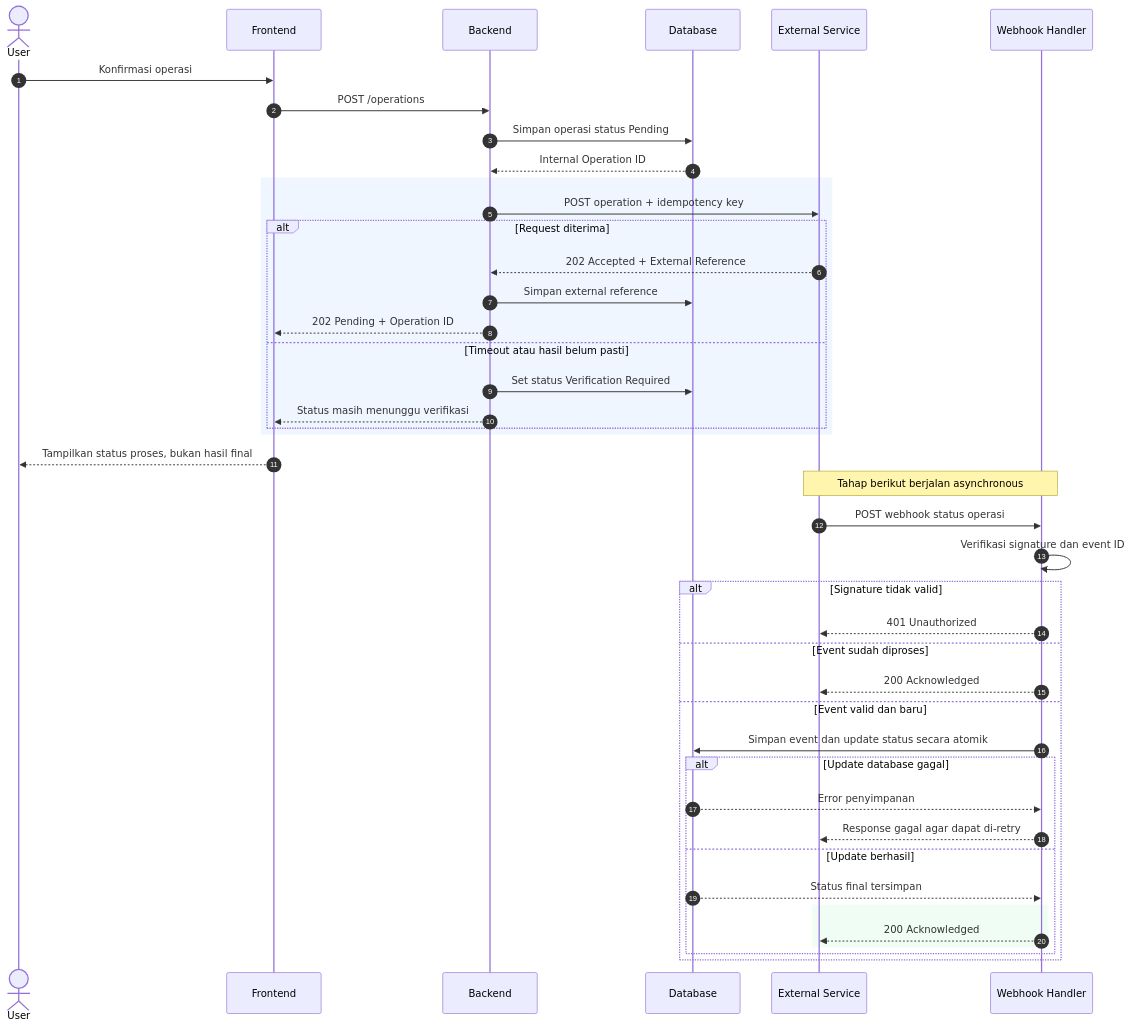
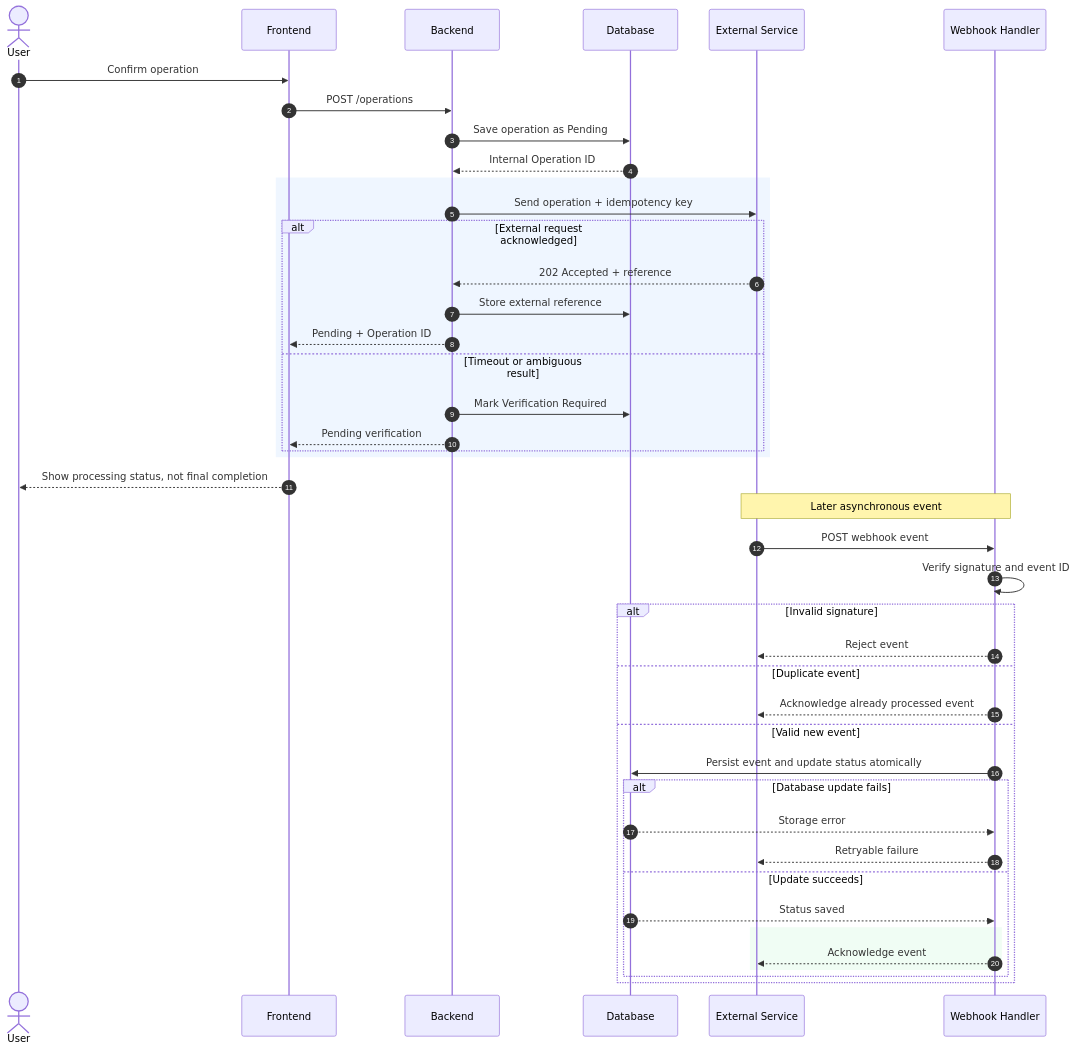
The diagram in examples/diagrams/sequence-external-webhook.mmd (Ducklazy231/system-analysis-skill), drawn with Mermaid before and after one commit.

Commit message:
examples: keep Mermaid diagrams English-first

```diff
--- a/examples/diagrams/sequence-external-webhook.mmd
+++ b/examples/diagrams/sequence-external-webhook.mmd
@@ -1,45 +1,46 @@
 sequenceDiagram
     autonumber
-    actor U as User
+    actor User
     participant FE as Frontend
     participant BE as Backend
     participant DB as Database
     participant EXT as External Service
     participant WH as Webhook Handler
 
-    U->>FE: Konfirmasi operasi
+    User->>FE: Confirm operation
     FE->>BE: POST /operations
-    BE->>DB: Simpan operasi status Pending
+    BE->>DB: Save operation as Pending
     DB-->>BE: Internal Operation ID
+
     rect rgb(239, 246, 255)
-        BE->>EXT: POST operation + idempotency key
-        alt Request diterima
-            EXT-->>BE: 202 Accepted + External Reference
-            BE->>DB: Simpan external reference
-            BE-->>FE: 202 Pending + Operation ID
-        else Timeout atau hasil belum pasti
-            BE->>DB: Set status Verification Required
-            BE-->>FE: Status masih menunggu verifikasi
+        BE->>EXT: Send operation + idempotency key
+        alt External request acknowledged
+            EXT-->>BE: 202 Accepted + reference
+            BE->>DB: Store external reference
+            BE-->>FE: Pending + Operation ID
+        else Timeout or ambiguous result
+            BE->>DB: Mark Verification Required
+            BE-->>FE: Pending verification
         end
     end
-    FE-->>U: Tampilkan status proses, bukan hasil final
+    FE-->>User: Show processing status, not final completion
 
-    Note over EXT,WH: Tahap berikut berjalan asynchronous
-    EXT->>WH: POST webhook status operasi
-    WH->>WH: Verifikasi signature dan event ID
-    alt Signature tidak valid
-        WH-->>EXT: 401 Unauthorized
-    else Event sudah diproses
-        WH-->>EXT: 200 Acknowledged
-    else Event valid dan baru
-        WH->>DB: Simpan event dan update status secara atomik
-        alt Update database gagal
-            DB-->>WH: Error penyimpanan
-            WH-->>EXT: Response gagal agar dapat di-retry
-        else Update berhasil
-            DB-->>WH: Status final tersimpan
+    Note over EXT,WH: Later asynchronous event
+    EXT->>WH: POST webhook event
+    WH->>WH: Verify signature and event ID
+    alt Invalid signature
+        WH-->>EXT: Reject event
+    else Duplicate event
+        WH-->>EXT: Acknowledge already processed event
+    else Valid new event
+        WH->>DB: Persist event and update status atomically
+        alt Database update fails
+            DB-->>WH: Storage error
+            WH-->>EXT: Retryable failure
+        else Update succeeds
+            DB-->>WH: Status saved
             rect rgb(240, 253, 244)
-                WH-->>EXT: 200 Acknowledged
+                WH-->>EXT: Acknowledge event
             end
         end
     end
```
